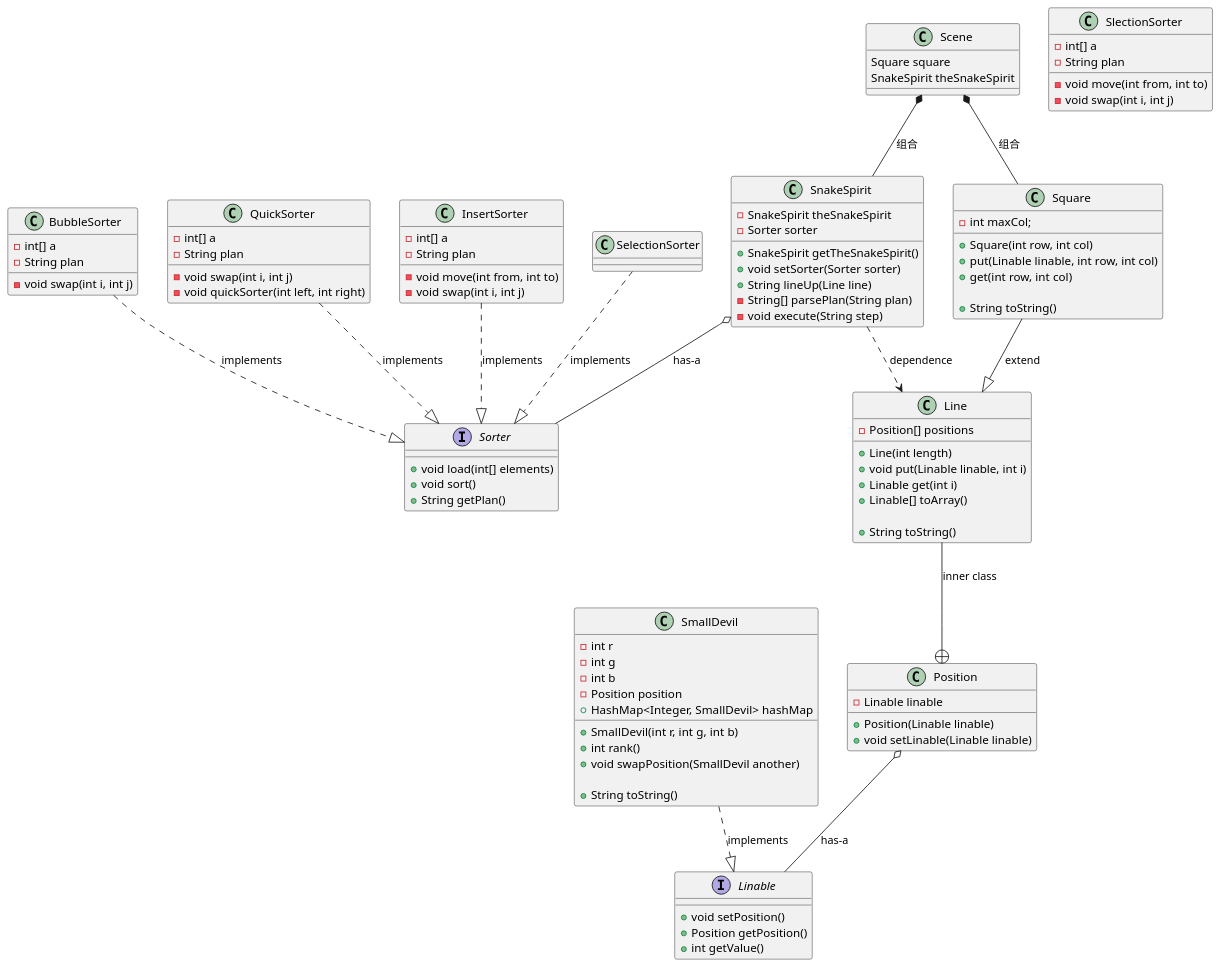
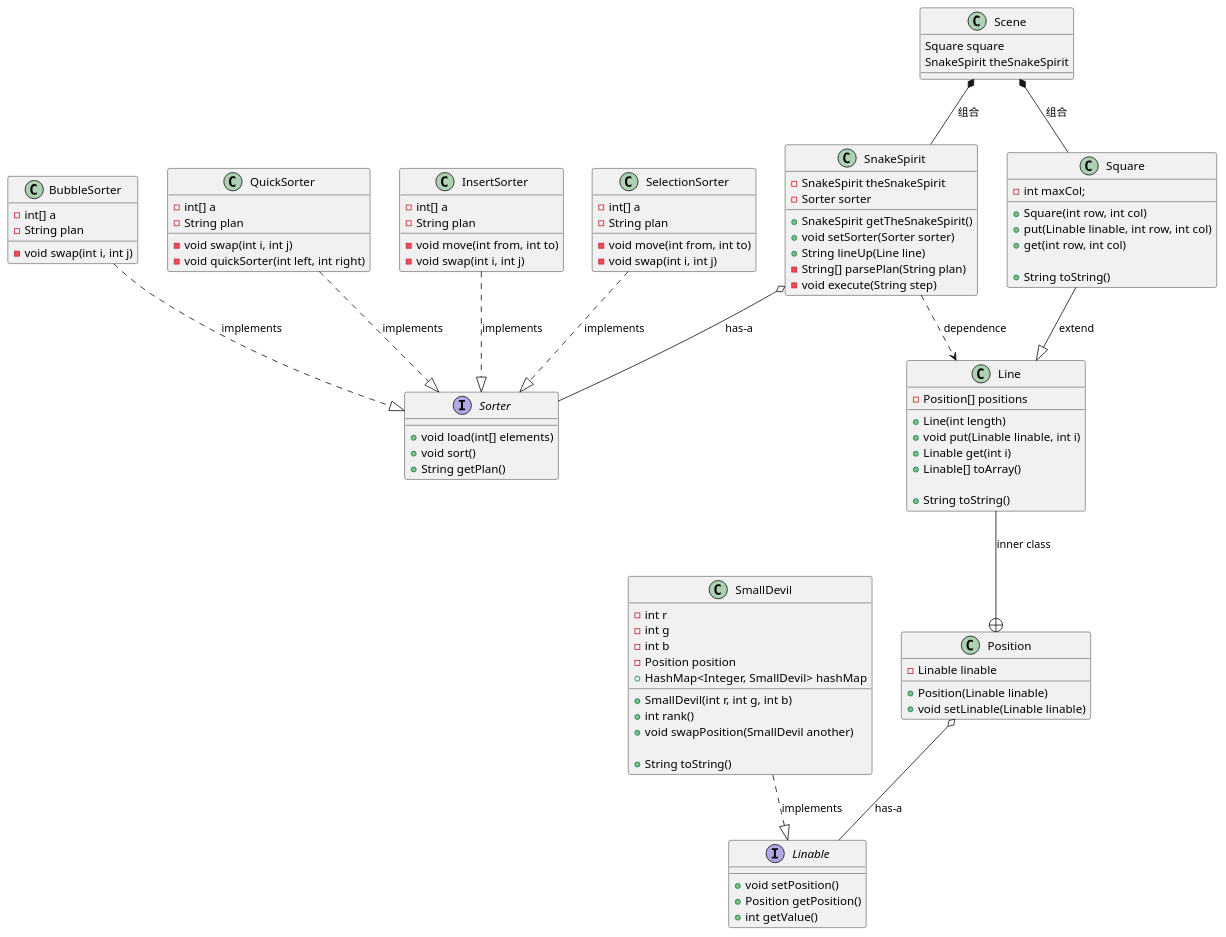
The diagram in j02/characters3.pu (JOJO-Young/PUBLIC), drawn with PlantUML before and after one commit.

Commit message:
fix a spell mistake

```diff
--- a/j02/characters3.pu
+++ b/j02/characters3.pu
@@ -1,123 +1,123 @@
 @startuml
 class Line{
 
     -Position[] positions
 
     +Line(int length)
     +void put(Linable linable, int i)
     +Linable get(int i)
     +Linable[] toArray()
 
     +String toString()
 }
 
 Class Position{
 
     -Linable linable
 
     +Position(Linable linable)
     +void setLinable(Linable linable)
 }
 
 Interface Linable{
     
     +void setPosition()
     +Position getPosition()
     +int getValue()
 }
 
 Interface Sorter{
     
     +void load(int[] elements)
     +void sort()
     +String getPlan()
 }
 Class SmallDevil{
 
     -int r
     -int g
     -int b
     -Position position
     +HashMap<Integer, SmallDevil> hashMap
 
     +SmallDevil(int r, int g, int b)
     +int rank()
     +void swapPosition(SmallDevil another)
 
     +String toString()
 }
 
 Class BubbleSorter{
 
     -int[] a
     -String plan
 
     -void swap(int i, int j)
 }
 
 Class QuickSorter{
 
     -int[] a
     -String plan
     
     -void swap(int i, int j)
     -void quickSorter(int left, int right)
 }
 
 Class InsertSorter{
     -int[] a
     -String plan
 
     -void move(int from, int to)
     -void swap(int i, int j)
 }
 
-Class SlectionSorter{
+Class SelectionSorter{
     -int[] a
     -String plan
 
     -void move(int from, int to)
     -void swap(int i, int j)
 }
  
 Class SnakeSpirit{
 
     -SnakeSpirit theSnakeSpirit
     -Sorter sorter
     
     +SnakeSpirit getTheSnakeSpirit()
     +void setSorter(Sorter sorter)
     +String lineUp(Line line)
     -String[] parsePlan(String plan)
     -void execute(String step)
 }
 
 Class Scene{
 
     Square square 
     SnakeSpirit theSnakeSpirit
 }
 
 Class Square{
 
     -int maxCol;
 
     +Square(int row, int col)
     +put(Linable linable, int row, int col)
     +get(int row, int col)
 
     +String toString()
 }
 Square --|> Line : extend
 Scene *-- Square : 组合
 Scene *-- SnakeSpirit : 组合
 SnakeSpirit ..> Line : dependence
 Line --+ Position: inner class
 SmallDevil ..|> Linable : implements
 BubbleSorter ..|> Sorter : implements
 QuickSorter ..|> Sorter : implements
 InsertSorter ..|> Sorter : implements
 SelectionSorter ..|> Sorter : implements
 Position o-- Linable : has-a
 SnakeSpirit o-- Sorter : has-a
 @enduml
```
